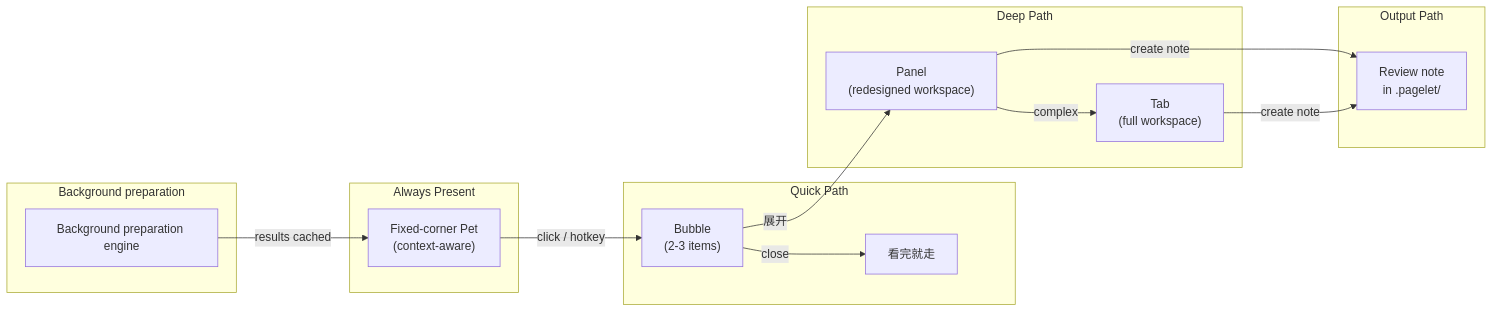
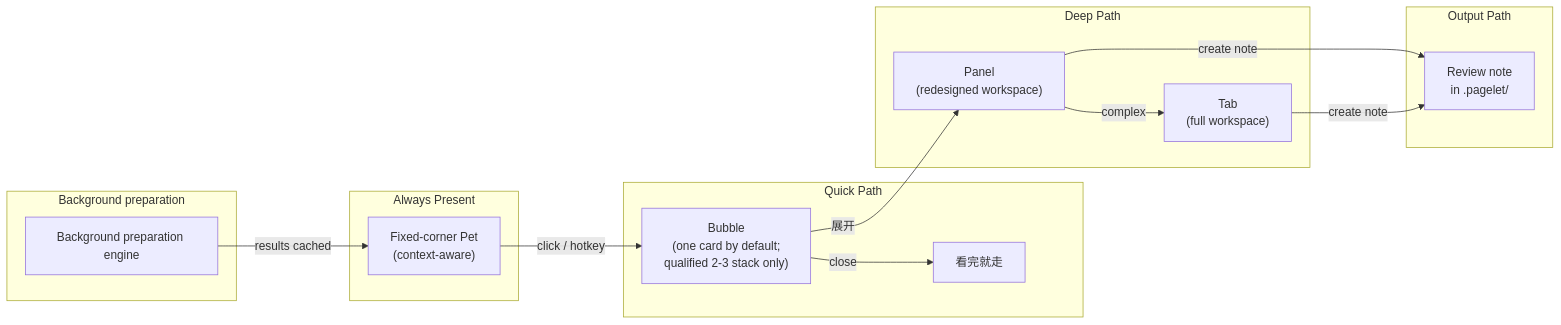
One commit to edonyzpc/personal-assistant changed the first of 2 diagrams in docs/product/pagelet-product-design.md. Above: the diagram before and after it, drawn with Mermaid. The commit also changed other lines of this file and 20 other files, not shown here.

````diff
--- a/docs/product/pagelet-product-design.md
+++ b/docs/product/pagelet-product-design.md
@@ -61,25 +67,25 @@
 ```mermaid
 flowchart LR
   subgraph "Always Present"
     Pet["Fixed-corner Pet<br/>(context-aware)"]
   end
 
   subgraph "Quick Path"
-    Pet -->|click / hotkey| Bubble["Bubble<br/>(2-3 items)"]
+    Pet -->|click / hotkey| Bubble["Bubble<br/>(one card by default;<br/>qualified 2-3 stack only)"]
     Bubble -->|close| Done1["看完就走"]
   end
 
   subgraph "Deep Path"
     Bubble -->|"展开"| Panel["Panel<br/>(redesigned workspace)"]
     Panel -->|complex| Tab["Tab<br/>(full workspace)"]
   end
 
   subgraph "Output Path"
     Panel -->|"create note"| Note["Review note<br/>in .pagelet/"]
     Tab -->|"create note"| Note
   end
 
   subgraph "Background preparation"
     BG["Background preparation engine"] -->|results cached| Pet
   end
 ```
````
